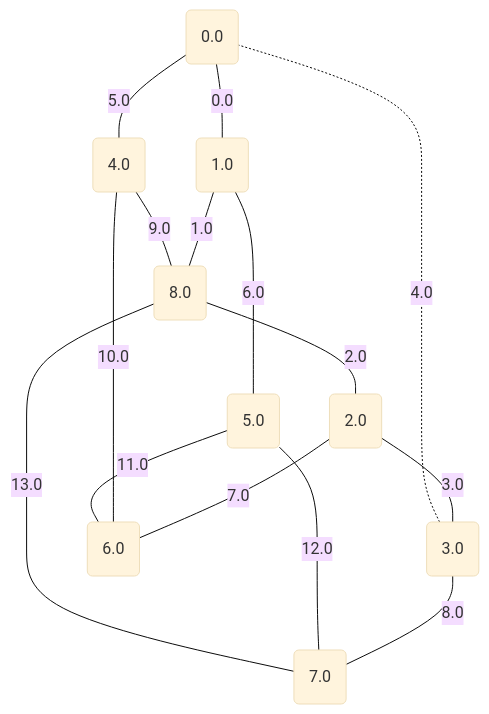
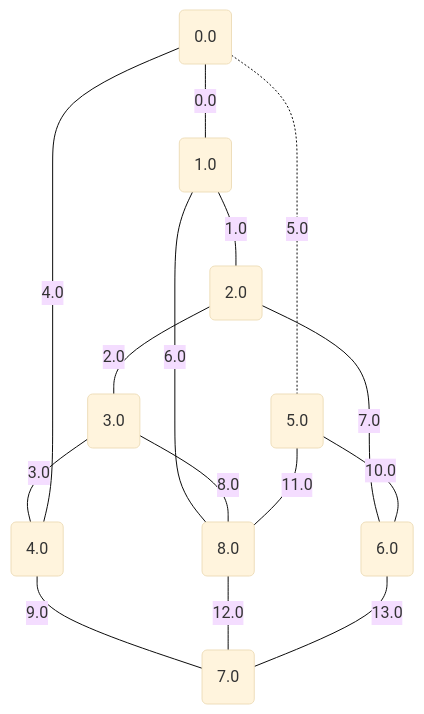
Before and after one commit to metury/graphs: the fourth of 17 diagrams in project/src/testing/minCutPetersen.md, drawn with Mermaid (base theme). The commit also changed other lines of this file and 2 other files, not shown here.

````diff
--- a/project/src/testing/minCutPetersen.md
+++ b/project/src/testing/minCutPetersen.md
@@ -106,26 +106,26 @@
 ```mermaid
 graph TD;
 0("0.0");
 1("1.0");
 2("2.0");
 3("3.0");
 4("4.0");
 5("5.0");
 6("6.0");
 7("7.0");
 8("8.0");
 	0 -- "0.0" --- 1;
-	1 -- "1.0" --- 8;
-	8 -- "2.0" --- 2;
-	2 -- "3.0" --- 3;
-	3 -. "4.0" -.- 0;
-	0 -- "5.0" --- 4;
-	1 -- "6.0" --- 5;
+	1 -- "1.0" --- 2;
+	2 -- "2.0" --- 3;
+	3 -- "3.0" --- 4;
+	4 -- "4.0" --- 0;
+	0 -. "5.0" -.- 5;
+	1 -- "6.0" --- 8;
 	2 -- "7.0" --- 6;
-	3 -- "8.0" --- 7;
-	4 -- "9.0" --- 8;
-	4 -- "10.0" --- 6;
-	5 -- "11.0" --- 6;
-	5 -- "12.0" --- 7;
-	8 -- "13.0" --- 7;
+	3 -- "8.0" --- 8;
+	4 -- "9.0" --- 7;
+	5 -- "10.0" --- 6;
+	5 -- "11.0" --- 8;
+	8 -- "12.0" --- 7;
+	6 -- "13.0" --- 7;
 ```
````
